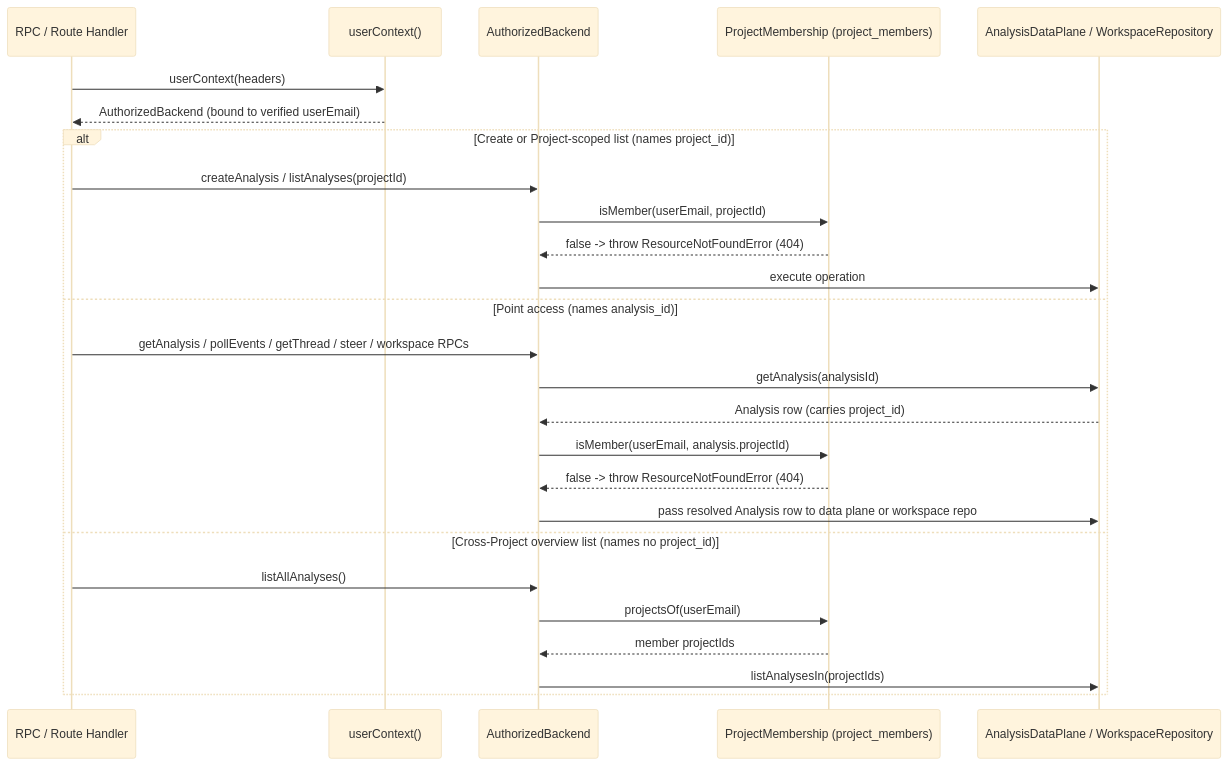
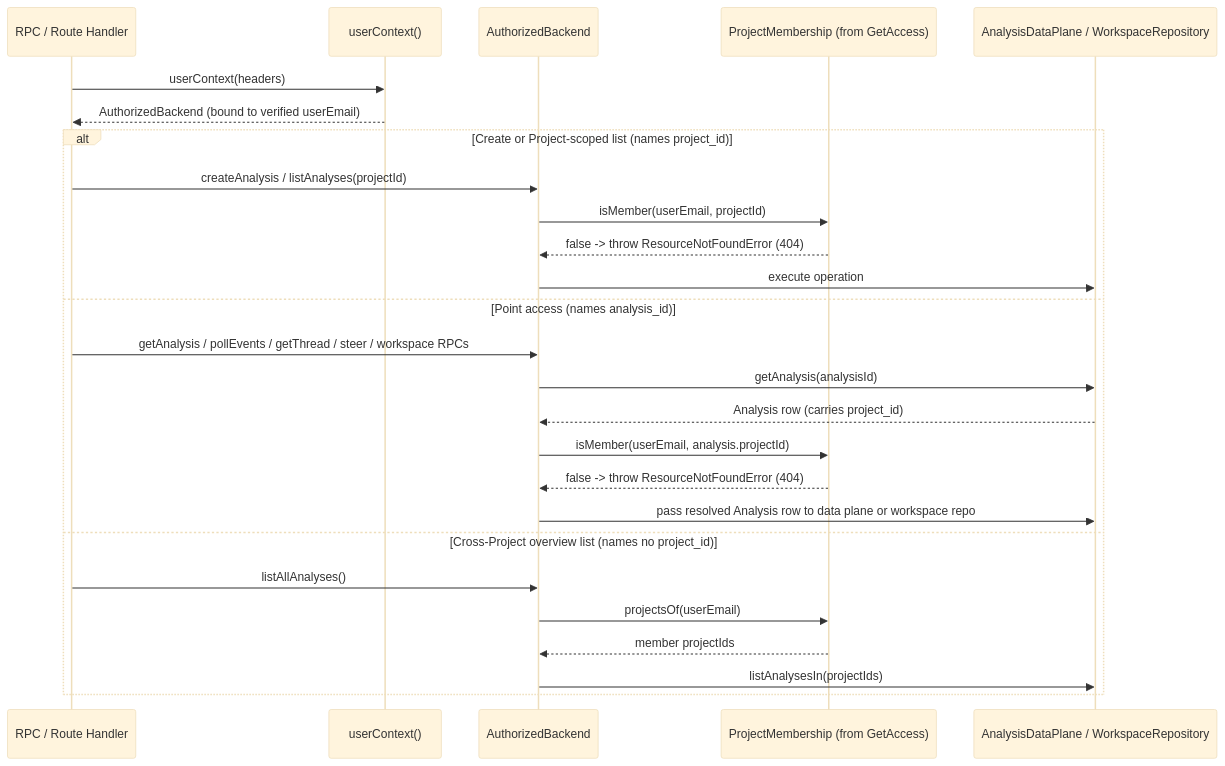
The diagram in docs/design/workspace-model.md (populationgenomics/themis), drawn with Mermaid (base theme) before and after one commit. The commit also changed other lines of this file and 21 other files, not shown here.

````diff
--- a/docs/design/workspace-model.md
+++ b/docs/design/workspace-model.md
@@ -212,29 +214,29 @@
 ```mermaid
 sequenceDiagram
     participant Handler as RPC / Route Handler
     participant Ctx as userContext()
     participant AB as AuthorizedBackend
-    participant PM as ProjectMembership (project_members)
+    participant PM as ProjectMembership (from GetAccess)
     participant DP as AnalysisDataPlane / WorkspaceRepository
 
     Handler->>Ctx: userContext(headers)
     Ctx-->>Handler: AuthorizedBackend (bound to verified userEmail)
     alt Create or Project-scoped list (names project_id)
         Handler->>AB: createAnalysis / listAnalyses(projectId)
         AB->>PM: isMember(userEmail, projectId)
         PM-->>AB: false -> throw ResourceNotFoundError (404)
         AB->>DP: execute operation
     else Point access (names analysis_id)
         Handler->>AB: getAnalysis / pollEvents / getThread / steer / workspace RPCs
         AB->>DP: getAnalysis(analysisId)
         DP-->>AB: Analysis row (carries project_id)
         AB->>PM: isMember(userEmail, analysis.projectId)
         PM-->>AB: false -> throw ResourceNotFoundError (404)
         AB->>DP: pass resolved Analysis row to data plane or workspace repo
     else Cross-Project overview list (names no project_id)
         Handler->>AB: listAllAnalyses()
         AB->>PM: projectsOf(userEmail)
         PM-->>AB: member projectIds
         AB->>DP: listAnalysesIn(projectIds)
     end
 ```
````
